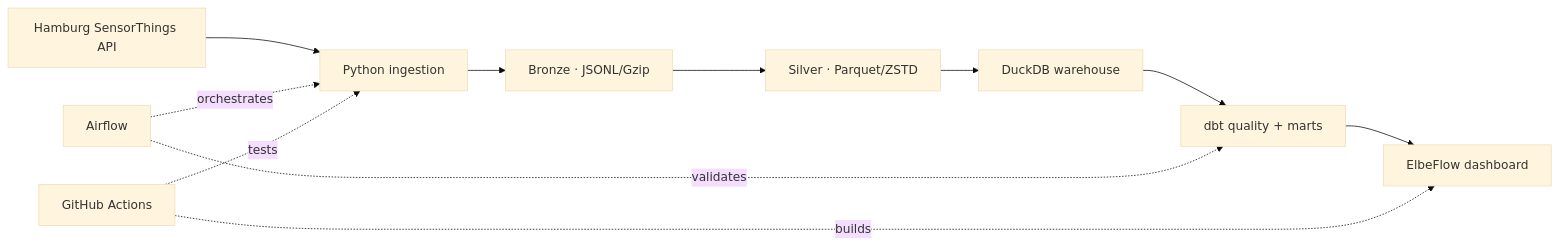
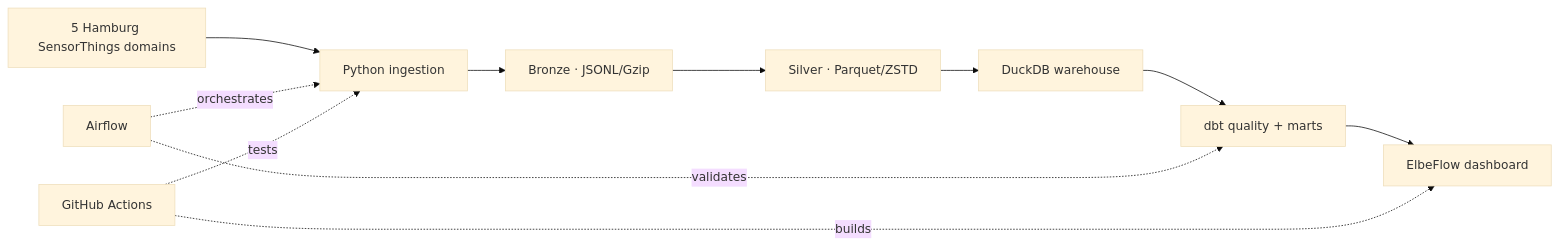
The diagram in README.md (wezdar/hamburg-urban-mobility-lakehouse), drawn with Mermaid (base theme) before and after one commit. The commit also changed other lines of this file and 23 other files, not shown here.

````diff
--- a/README.md
+++ b/README.md
@@ -19,13 +27,13 @@
 ```mermaid
 flowchart LR
-    API["Hamburg SensorThings API"] --> INGEST["Python ingestion"]
+    API["5 Hamburg SensorThings domains"] --> INGEST["Python ingestion"]
     INGEST --> BRONZE["Bronze · JSONL/Gzip"]
     BRONZE --> SILVER["Silver · Parquet/ZSTD"]
     SILVER --> DUCK["DuckDB warehouse"]
     DUCK --> DBT["dbt quality + marts"]
     DBT --> UI["ElbeFlow dashboard"]
     AIRFLOW["Airflow"] -. orchestrates .-> INGEST
     AIRFLOW -. validates .-> DBT
     CI["GitHub Actions"] -. tests .-> INGEST
     CI -. builds .-> UI
 ```
````
